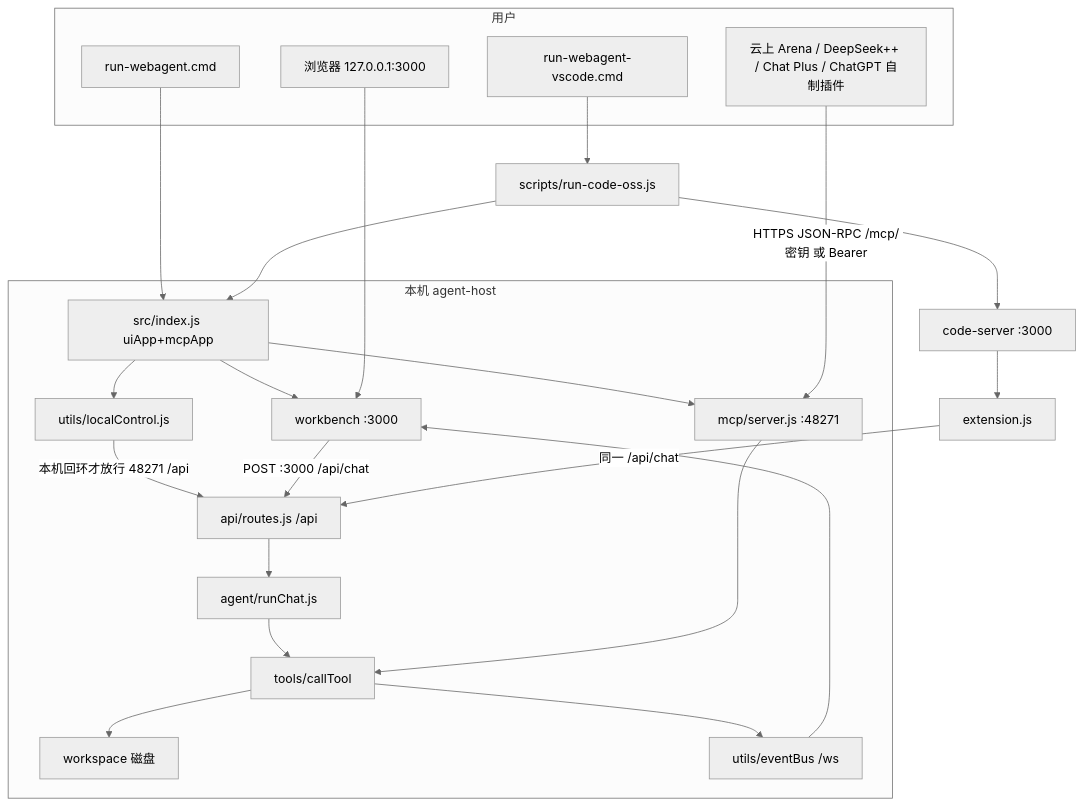
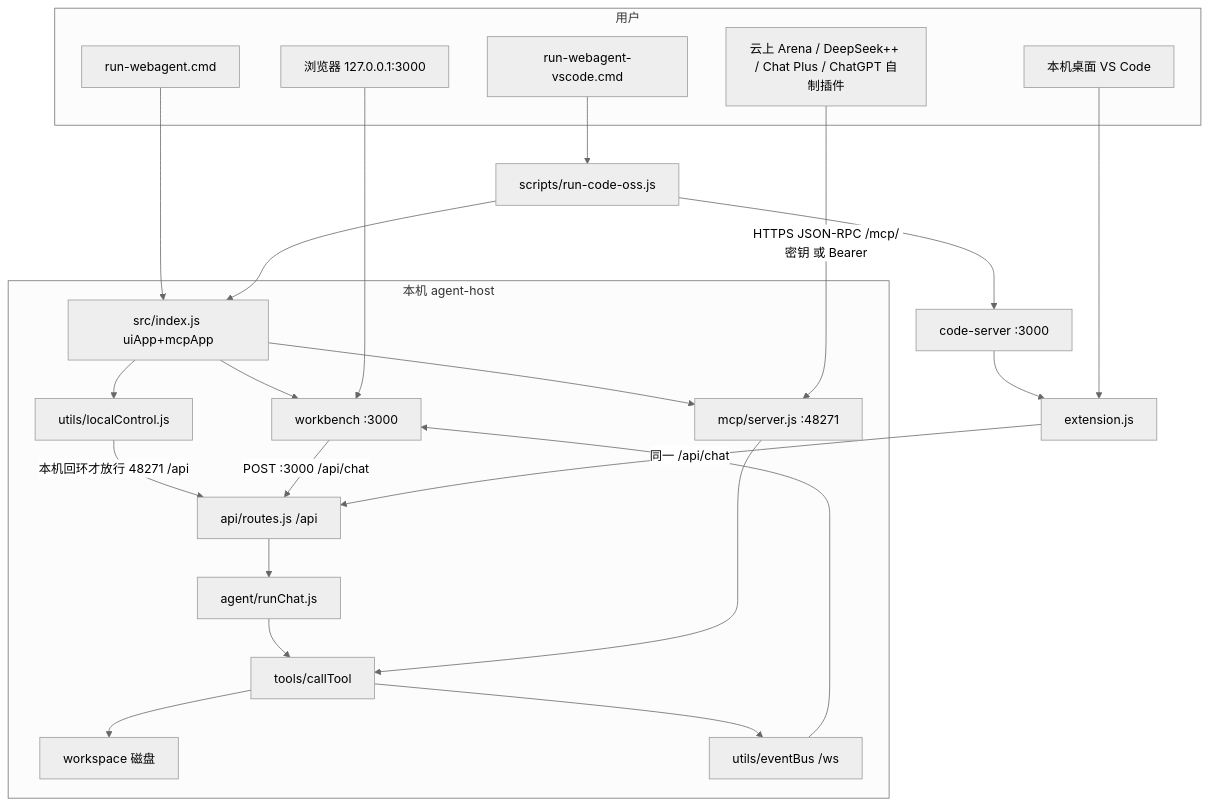
The diagram in 总览.md (cccjvav/web_agent), drawn with Mermaid (neutral theme) before and after one commit. The commit also changed other lines of this file and 22 other files, not shown here.

````diff
--- a/总览.md
+++ b/总览.md
@@ -106,41 +108,43 @@
 ```mermaid
 flowchart TB
   subgraph user [用户]
     CMD[run-webagent.cmd]
     Browser[浏览器 127.0.0.1:3000]
     WebAI[云上 Arena / DeepSeek++ / Chat Plus / ChatGPT 自制插件]
     VscCmd[run-webagent-vscode.cmd]
+    DeskVsc[本机桌面 VS Code]
   end
 
   subgraph host [本机 agent-host]
     Index[src/index.js uiApp+mcpApp]
     UI[workbench :3000]
     MCP[mcp/server.js :48271]
     Gate[utils/localControl.js]
     API[api/routes.js /api]
     Chat[agent/runChat.js]
     Tools[tools/callTool]
     Disk[workspace 磁盘]
     WS[utils/eventBus /ws]
   end
 
   CMD --> Index
   Index --> UI
   Index --> MCP
   Index --> Gate
   Gate -->|本机回环才放行 48271 /api| API
   Browser --> UI
   UI -->|POST :3000 /api/chat| API
   API --> Chat
   Chat --> Tools
   WebAI -->|HTTPS JSON-RPC /mcp/密钥 或 Bearer| MCP
   MCP --> Tools
   Tools --> Disk
   Tools --> WS
   WS --> UI
   VscCmd --> Scripts[scripts/run-code-oss.js]
   Scripts --> Index
   Scripts --> CS[code-server :3000]
   CS --> Ext[extension.js]
   Ext -->|同一 /api/chat| API
+  DeskVsc --> Ext
 ```
````
